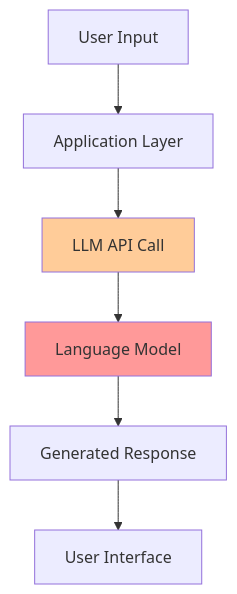
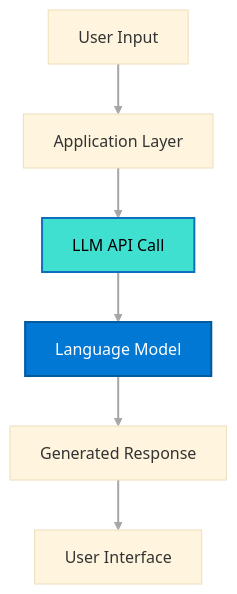
The first of 7 diagrams in ai-evolution-slides.md (MTCMarkFranco/era-of-ai), drawn with Mermaid before and after one commit. The commit also changed other lines of this file, not shown here.

````diff
--- a/ai-evolution-slides.md
+++ b/ai-evolution-slides.md
@@ -7,11 +7,14 @@
 ```mermaid
+%%{init: {'theme':'base', 'themeVariables': { 'fontFamily': 'Segoe UI, Arial, sans-serif', 'fontSize': '16px'}}}%%
 graph TD
     A[User Input] --> B[Application Layer]
     B --> C[LLM API Call]
     C --> D[Language Model]
     D --> E[Generated Response]
     E --> F[User Interface]
     
-    style D fill:#ff9999
-    style C fill:#ffcc99
+    style D fill:#0078D4,stroke:#005A9E,stroke-width:2px,color:#FFFFFF
+    style C fill:#40E0D0,stroke:#106EBE,stroke-width:2px,color:#000000
+    
+    linkStyle default stroke:#A6A6A6,stroke-width:2px
 ```
````
